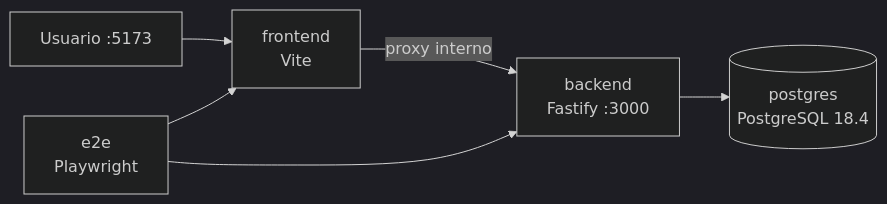
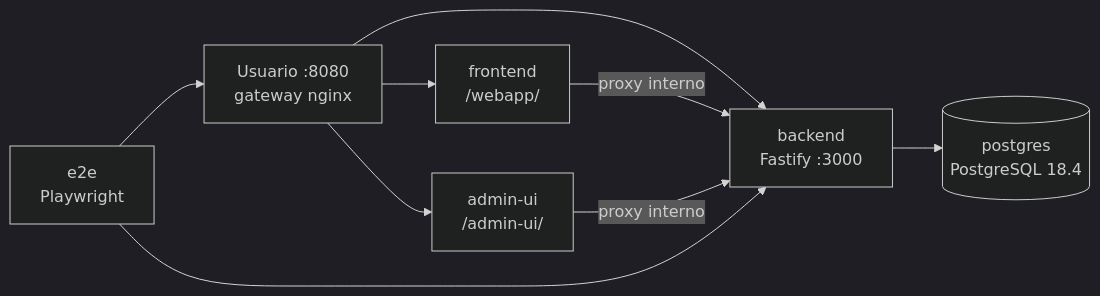
One commit to leriqueg/tador changed the first of 2 diagrams in docs/dockerizacion.md. Above: the diagram before and after it, drawn with Mermaid (dark theme). The commit also changed other lines of this file and 17 other files, not shown here.

First line of the commit message:
feat(infra): path-route product and admin SPAs behind Docker gateway

````diff
--- a/docs/dockerizacion.md
+++ b/docs/dockerizacion.md
@@ -43,8 +43,11 @@
 ```mermaid
 flowchart LR
-    U[Usuario :5173] --> F[frontend<br/>Vite]
-    F -->|proxy interno| B[backend<br/>Fastify :3000]
+    G[Usuario :8080<br/>gateway nginx] --> F[frontend<br/>/webapp/]
+    G --> A[admin-ui<br/>/admin-ui/]
+    G --> B[backend<br/>Fastify :3000]
+    F -->|proxy interno| B
+    A -->|proxy interno| B
     B --> P[(postgres<br/>PostgreSQL 18.4)]
-    E[e2e<br/>Playwright] --> F
+    E[e2e<br/>Playwright] --> G
     E --> B
 ```
````
